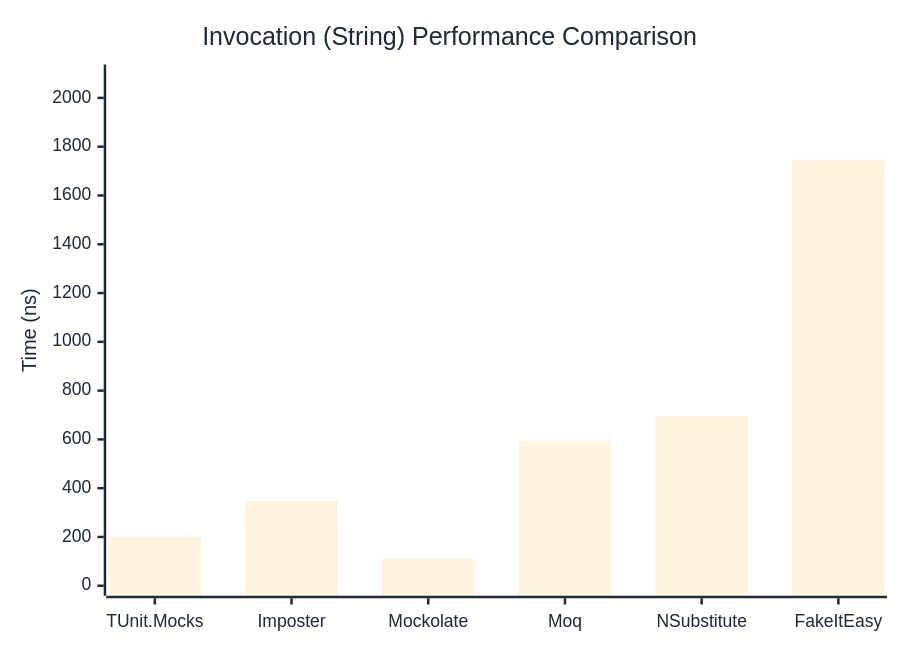
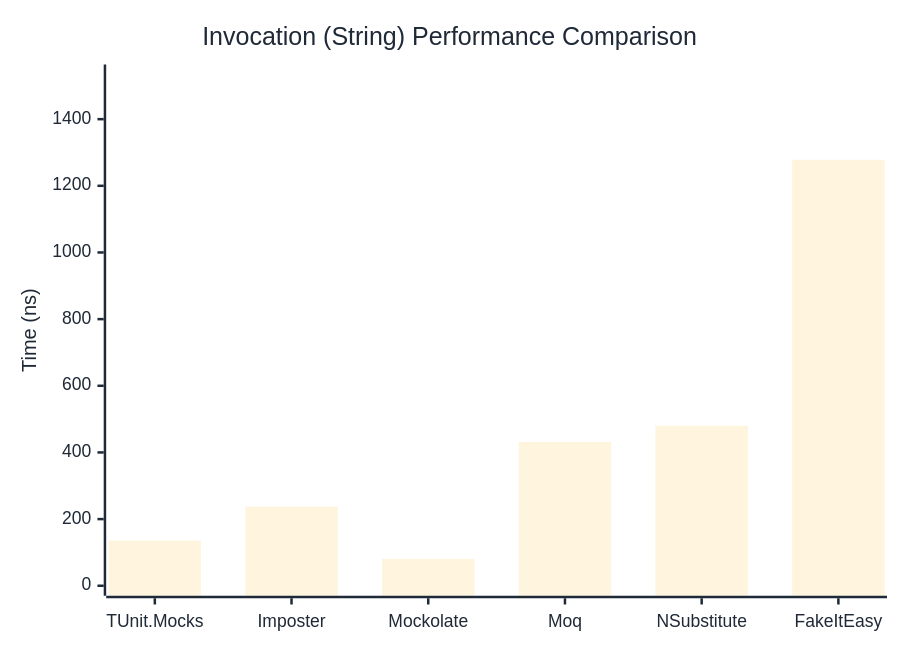
The second of 3 diagrams in docs/docs/benchmarks/mocks/Invocation.md (thomhurst/TUnit), drawn with Mermaid before and after one commit. The commit also changed other lines of this file and 14 other files, not shown here.

````diff
--- a/docs/docs/benchmarks/mocks/Invocation.md
+++ b/docs/docs/benchmarks/mocks/Invocation.md
@@ -71,27 +71,27 @@
 ```mermaid
 %%{init: {
   'theme':'base',
   'themeVariables': {
     'primaryColor': '#2563eb',
     'primaryTextColor': '#1f2937',
     'primaryBorderColor': '#1e40af',
     'lineColor': '#6b7280',
     'secondaryColor': '#7c3aed',
     'tertiaryColor': '#dc2626',
     'background': '#ffffff',
     'pie1': '#2563eb',
     'pie2': '#7c3aed',
     'pie3': '#dc2626',
     'pie4': '#f59e0b',
     'pie5': '#10b981',
     'pie6': '#06b6d4',
     'pie7': '#ec4899',
     'pie8': '#6366f1'
   }
 }}%%
 xychart-beta
   title "Invocation (String) Performance Comparison"
   x-axis ["TUnit.Mocks", "Imposter", "Mockolate", "Moq", "NSubstitute", "FakeItEasy"]
-  y-axis "Time (ns)" 0 --> 2096
-  bar [200.9, 347.6, 109.9, 594.2, 695.6, 1746.2]
+  y-axis "Time (ns)" 0 --> 1534
+  bar [135.71, 237.56, 80.62, 431.65, 480.06, 1277.96]
 ```
````
